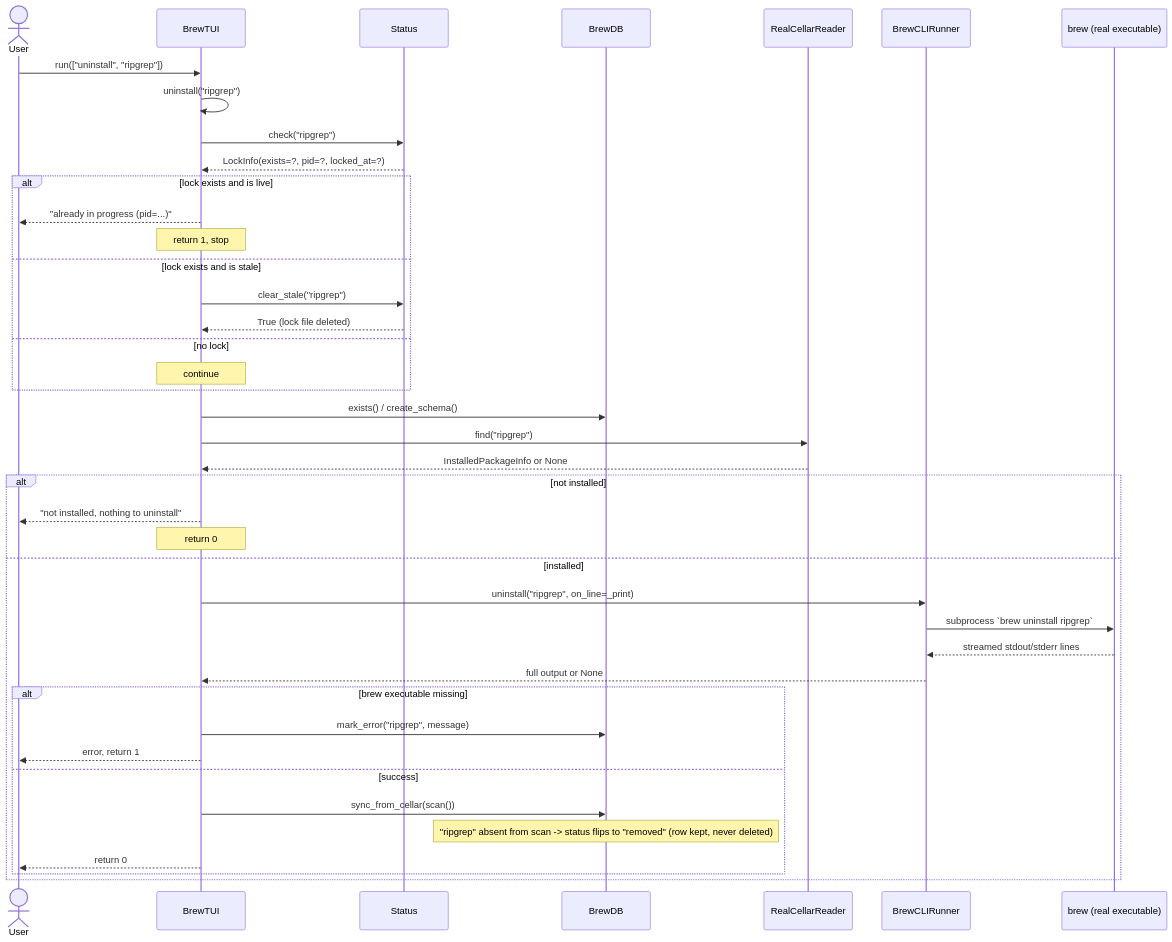
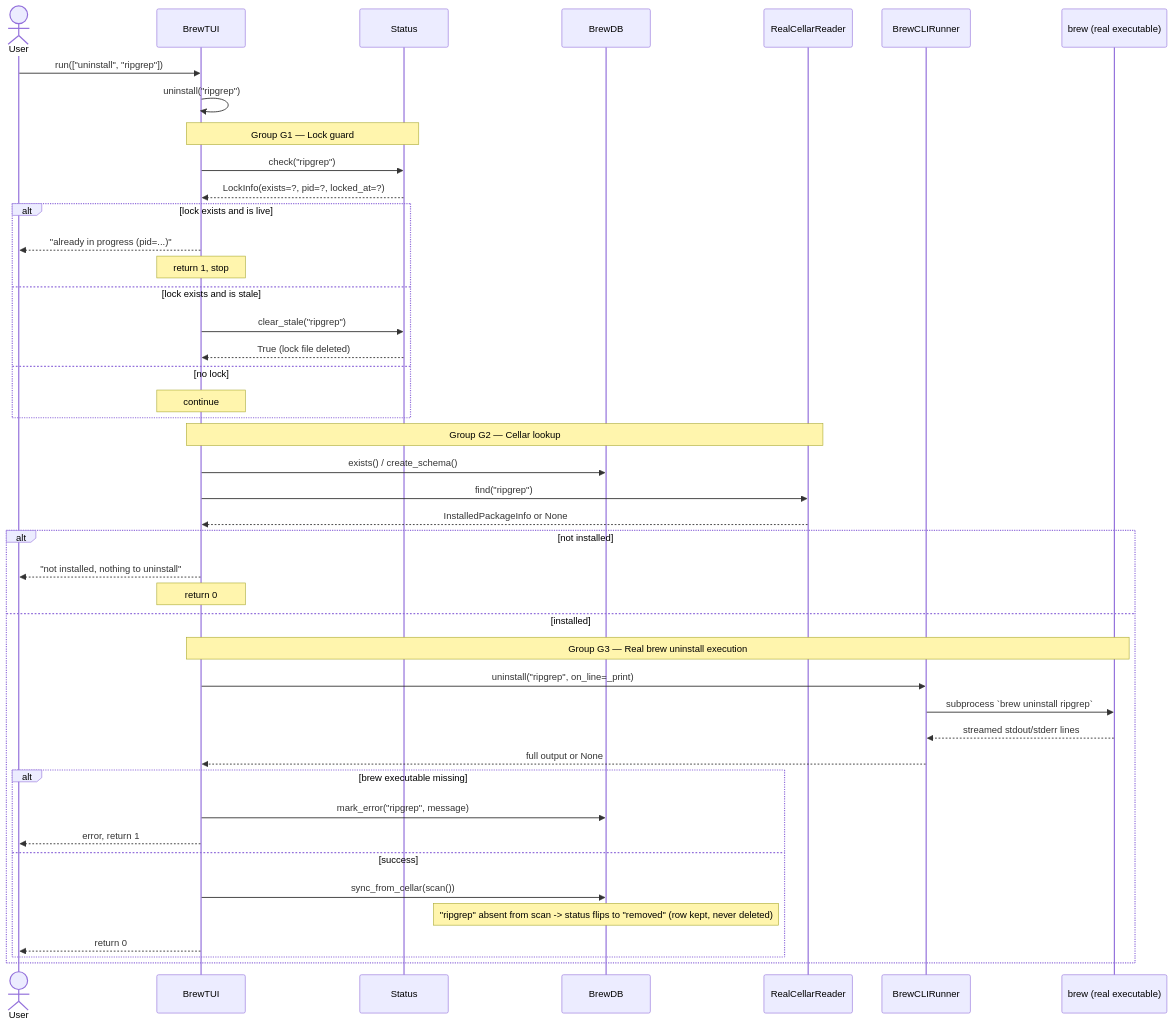
Before and after one commit to itd22/brew-tui: the fourth of 4 diagrams in docs/FLOW.md, drawn with Mermaid. The commit also changed other lines of this file, not shown here.

Commit message:
add Flow.md with transition groups

````diff
--- a/docs/FLOW.md
+++ b/docs/FLOW.md
@@ -160,48 +165,52 @@
 ```mermaid
 sequenceDiagram
     actor User
     participant TUI as BrewTUI
     participant ST as Status
     participant DB as BrewDB
     participant CR as RealCellarReader
     participant CLI as BrewCLIRunner
     participant Brew as brew (real executable)
 
     User->>TUI: run(["uninstall", "ripgrep"])
     TUI->>TUI: uninstall("ripgrep")
+
+    Note over TUI,ST: Group G1 — Lock guard
     TUI->>ST: check("ripgrep")
     ST-->>TUI: LockInfo(exists=?, pid=?, locked_at=?)
 
     alt lock exists and is live
         TUI-->>User: "already in progress (pid=...)"
         Note over TUI: return 1, stop
     else lock exists and is stale
         TUI->>ST: clear_stale("ripgrep")
         ST-->>TUI: True (lock file deleted)
     else no lock
         Note over TUI: continue
     end
 
+    Note over TUI,CR: Group G2 — Cellar lookup
     TUI->>DB: exists() / create_schema()
     TUI->>CR: find("ripgrep")
     CR-->>TUI: InstalledPackageInfo or None
 
     alt not installed
         TUI-->>User: "not installed, nothing to uninstall"
         Note over TUI: return 0
     else installed
+        Note over TUI,Brew: Group G3 — Real brew uninstall execution
         TUI->>CLI: uninstall("ripgrep", on_line=_print)
         CLI->>Brew: subprocess `brew uninstall ripgrep`
         Brew-->>CLI: streamed stdout/stderr lines
         CLI-->>TUI: full output or None
 
         alt brew executable missing
             TUI->>DB: mark_error("ripgrep", message)
             TUI-->>User: error, return 1
         else success
             TUI->>DB: sync_from_cellar(scan())
             Note over DB: "ripgrep" absent from scan -> status flips to "removed" (row kept, never deleted)
             TUI-->>User: return 0
         end
     end
 ```
````
